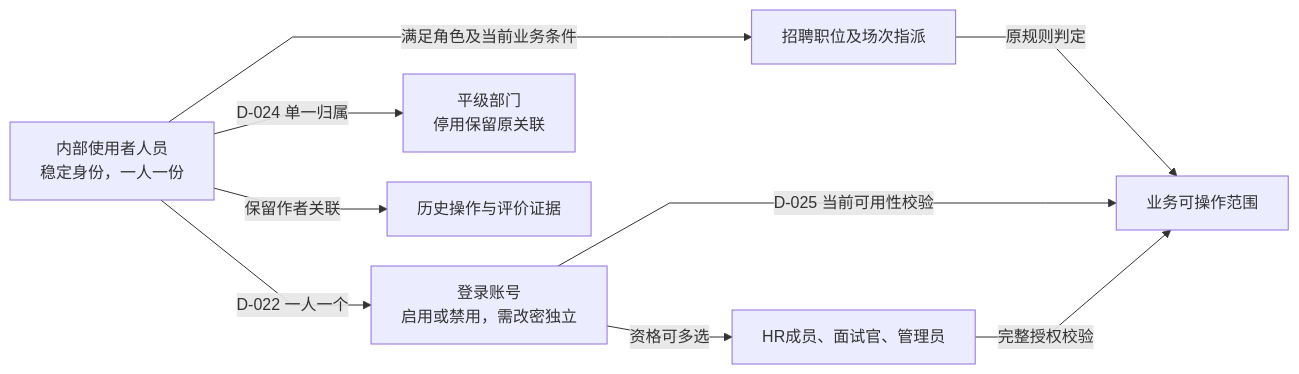
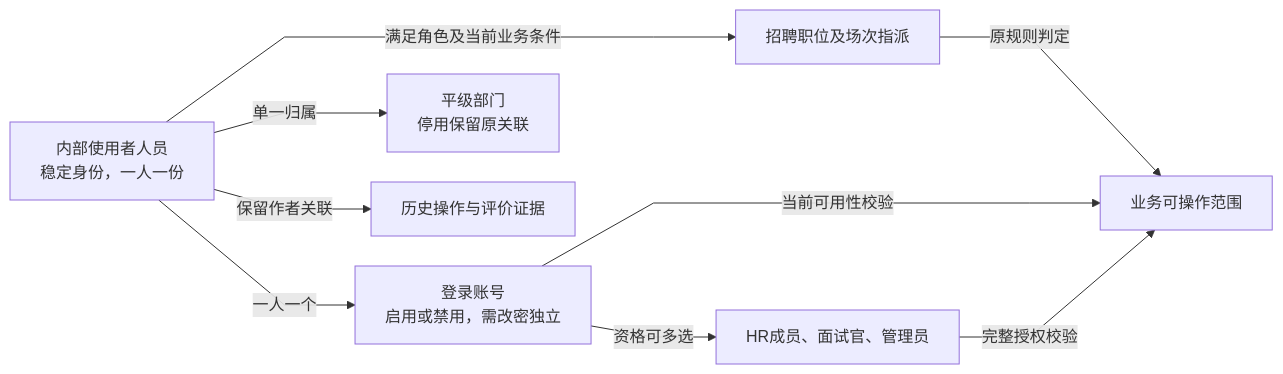
Before and after one commit to leidaibo-lab/pm-hrm: the diagram in docs/product/平台基础能力/人员账号与角色字段定义.md, drawn with Mermaid. The commit also changed other lines of this file and 40 other files, not shown here.

````diff
--- a/docs/product/平台基础能力/人员账号与角色字段定义.md
+++ b/docs/product/平台基础能力/人员账号与角色字段定义.md
@@ -33,12 +28,12 @@
 ```mermaid
 %%{init: {"flowchart":{"curve":"linear","nodeSpacing":30,"rankSpacing":45,"diagramPadding":16,"wrappingWidth":200},"sequence":{"mirrorActors":false,"actorMargin":45,"messageMargin":30,"noteMargin":12,"wrap":false},"er":{"diagramPadding":16,"minEntityWidth":130,"minEntityHeight":45}}}%%
 flowchart LR
-    Person["内部使用者人员<br/>稳定身份，一人一份"] -->|D-022 一人一个| Account["登录账号<br/>启用或禁用，需改密独立"]
-    Person -->|D-024 单一归属| Department["平级部门<br/>停用保留原关联"]
+    Person["内部使用者人员<br/>稳定身份，一人一份"] -->|一人一个| Account["登录账号<br/>启用或禁用，需改密独立"]
+    Person -->|单一归属| Department["平级部门<br/>停用保留原关联"]
     Account -->|资格可多选| Roles["HR成员、面试官、管理员"]
     Person -->|满足角色及当前业务条件| Assignment["招聘职位及场次指派"]
     Assignment -->|原规则判定| Operation["业务可操作范围"]
-    Account -->|D-025 当前可用性校验| Operation
+    Account -->|当前可用性校验| Operation
     Roles -->|完整授权校验| Operation
     Person -->|保留作者关联| History["历史操作与评价证据"]
 ```
````
